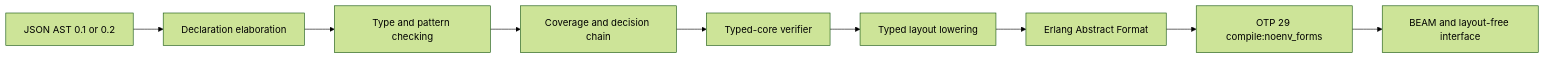
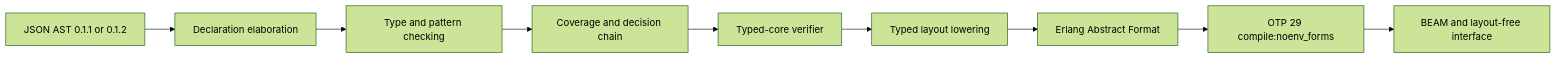
The diagram in 60-specification/data-and-patterns/data-and-pattern-overview.md (pcharbon70/catena-research), drawn with Mermaid (forest theme) before and after one commit. The commit also changed other lines of this file and 92 other files, not shown here.

````diff
--- a/60-specification/data-and-patterns/data-and-pattern-overview.md
+++ b/60-specification/data-and-patterns/data-and-pattern-overview.md
@@ -85,11 +85,11 @@
 ```mermaid
 flowchart LR
-    A[JSON AST 0.1 or 0.2] --> D[Declaration elaboration]
+    A[JSON AST 0.1.1 or 0.1.2] --> D[Declaration elaboration]
     D --> T[Type and pattern checking]
     T --> C[Coverage and decision chain]
     C --> V[Typed-core verifier]
     V --> L[Typed layout lowering]
     L --> E[Erlang Abstract Format]
     E --> O[OTP 29 compile:noenv_forms]
     O --> B[BEAM and layout-free interface]
 ```
````
